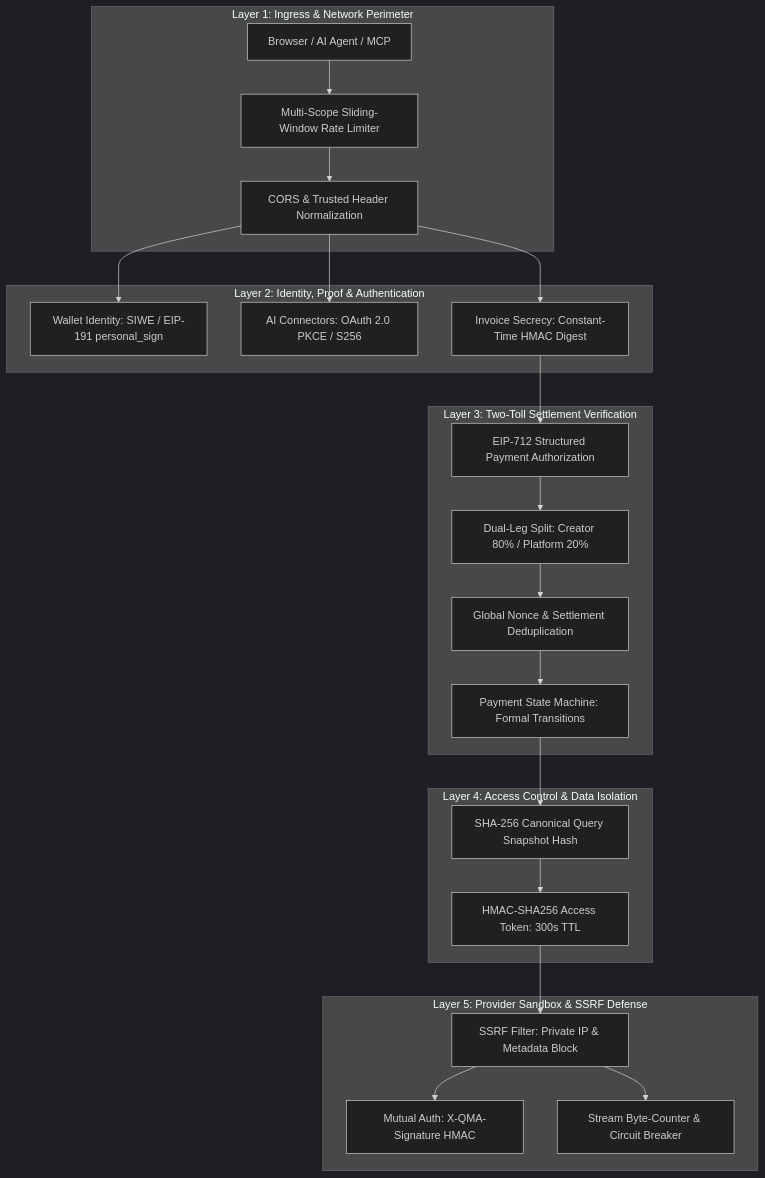
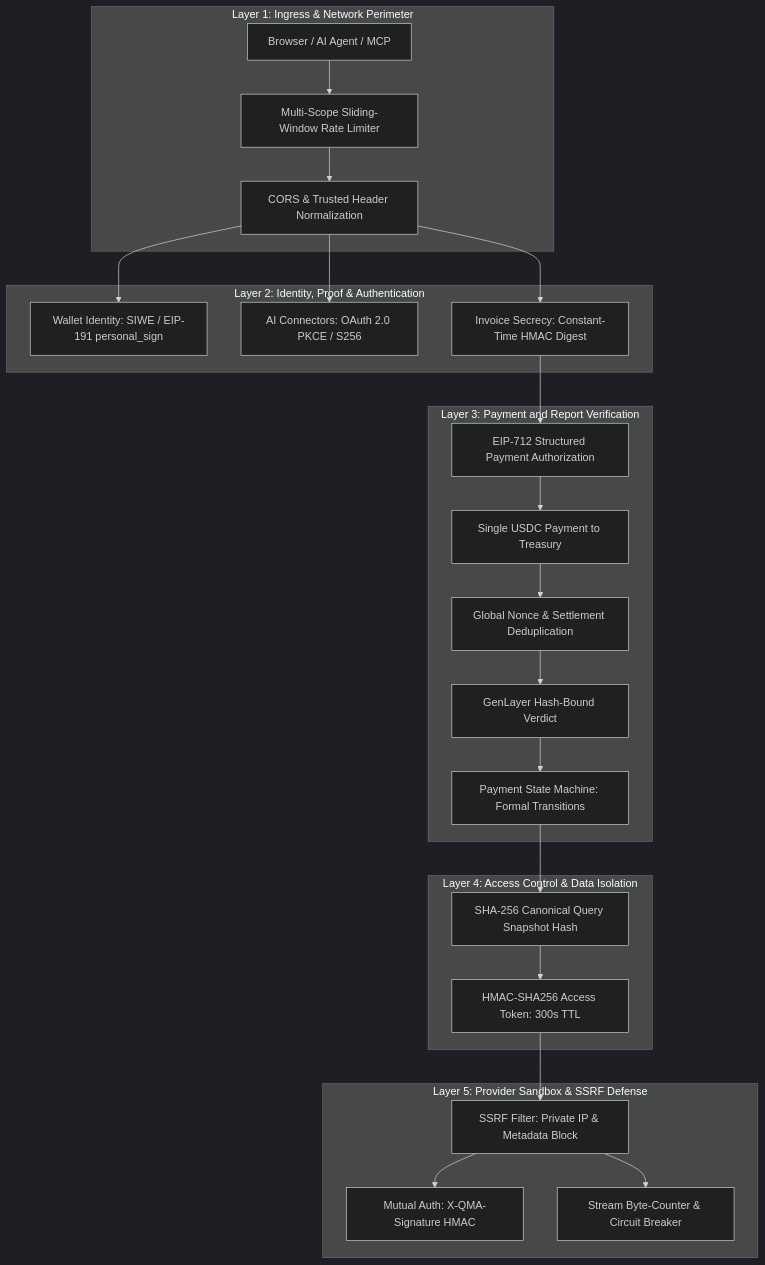
Before and after one commit to hoanlv214/genqma: the diagram in docs/architecture/PRODUCTION_SECURITY_ARCHITECTURE.md, drawn with Mermaid (dark theme). The commit also changed other lines of this file and 86 other files, not shown here.

Commit message:
feat: add QMA agent SDK, payment infrastructure, GenLayer integration, and frontend components

````diff
--- a/docs/architecture/PRODUCTION_SECURITY_ARCHITECTURE.md
+++ b/docs/architecture/PRODUCTION_SECURITY_ARCHITECTURE.md
@@ -29,31 +29,32 @@
 ```mermaid
 flowchart TD
     subgraph L1["Layer 1: Ingress & Network Perimeter"]
         Client[Browser / AI Agent / MCP] --> RL[Multi-Scope Sliding-Window Rate Limiter]
         RL --> CORS[CORS & Trusted Header Normalization]
     end
 
     subgraph L2["Layer 2: Identity, Proof & Authentication"]
         CORS --> SIWE[Wallet Identity: SIWE / EIP-191 personal_sign]
         CORS --> PKCE[AI Connectors: OAuth 2.0 PKCE / S256]
         CORS --> INV_SEC[Invoice Secrecy: Constant-Time HMAC Digest]
     end
 
-    subgraph L3["Layer 3: Two-Toll Settlement Verification"]
+    subgraph L3["Layer 3: Payment and Report Verification"]
         INV_SEC --> EIP712[EIP-712 Structured Payment Authorization]
-        EIP712 --> TWOTOLL[Dual-Leg Split: Creator 80% / Platform 20%]
-        TWOTOLL --> IDEMP[Global Nonce & Settlement Deduplication]
-        IDEMP --> SM[Payment State Machine: Formal Transitions]
+        EIP712 --> SINGLE[Single USDC Payment to Treasury]
+        SINGLE --> IDEMP[Global Nonce & Settlement Deduplication]
+        IDEMP --> GL[GenLayer Hash-Bound Verdict]
+        GL --> SM[Payment State Machine: Formal Transitions]
     end
 
     subgraph L4["Layer 4: Access Control & Data Isolation"]
         SM --> FINGERPRINT[SHA-256 Canonical Query Snapshot Hash]
         FINGERPRINT --> TOKEN[HMAC-SHA256 Access Token: 300s TTL]
     end
 
     subgraph L5["Layer 5: Provider Sandbox & SSRF Defense"]
         TOKEN --> SSRF[SSRF Filter: Private IP & Metadata Block]
         SSRF --> HMAC_PROV[Mutual Auth: X-QMA-Signature HMAC]
         SSRF --> STREAM[Stream Byte-Counter & Circuit Breaker]
     end
 ```
````
